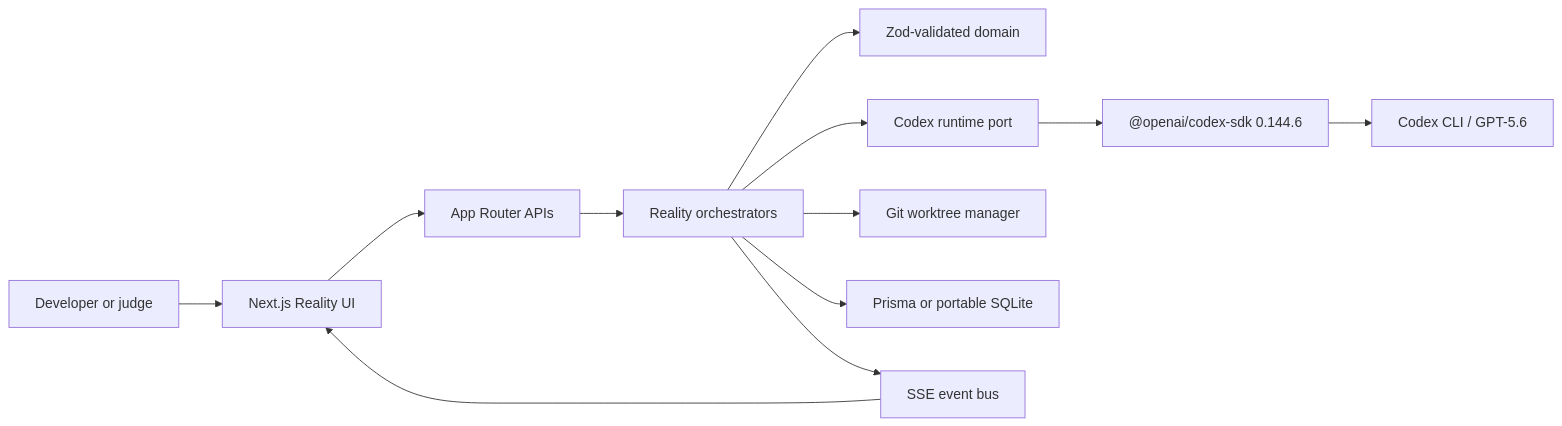
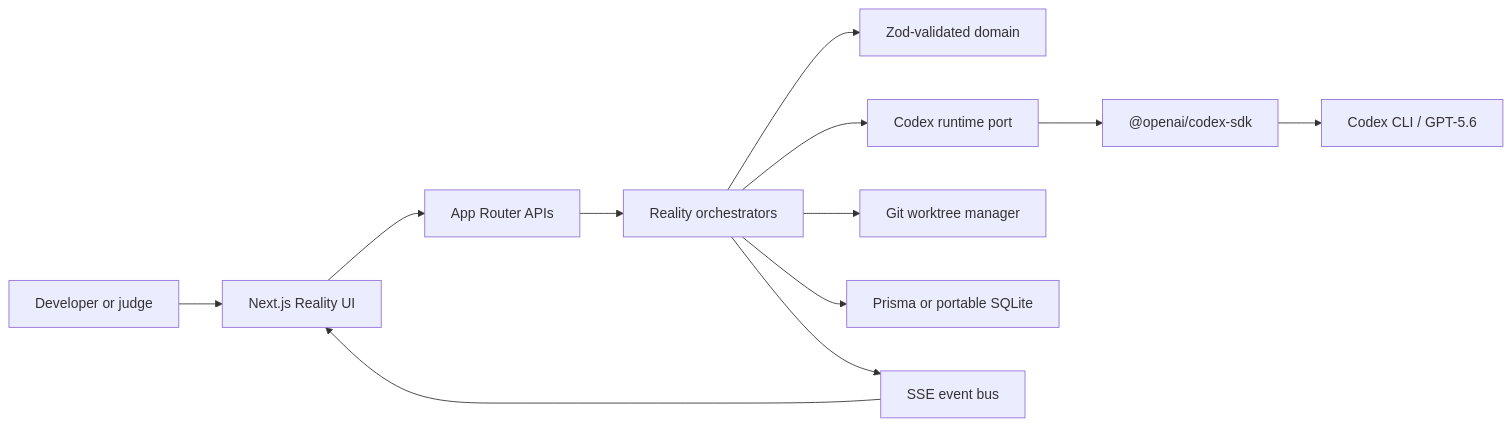
The first of 4 diagrams in docs/ARCHITECTURE.md (alangunning/inception-reality-engine), drawn with Mermaid before and after one commit. The commit also changed other lines of this file and 67 other files, not shown here.

````diff
--- a/docs/ARCHITECTURE.md
+++ b/docs/ARCHITECTURE.md
@@ -15,14 +15,14 @@
 ```mermaid
 flowchart LR
   Operator[Developer or judge] --> Web[Next.js Reality UI]
   Web --> API[App Router APIs]
   API --> Orchestrator[Reality orchestrators]
   Orchestrator --> Domain[Zod-validated domain]
   Orchestrator --> Runtime[Codex runtime port]
-  Runtime --> SDK["@openai/codex-sdk 0.144.6"]
+  Runtime --> SDK["@openai/codex-sdk"]
   SDK --> CLI[Codex CLI / GPT-5.6]
   Orchestrator --> Worktrees[Git worktree manager]
   Orchestrator --> Repository[Prisma or portable SQLite]
   Orchestrator --> Bus[SSE event bus]
   Bus --> Web
 ```
````
